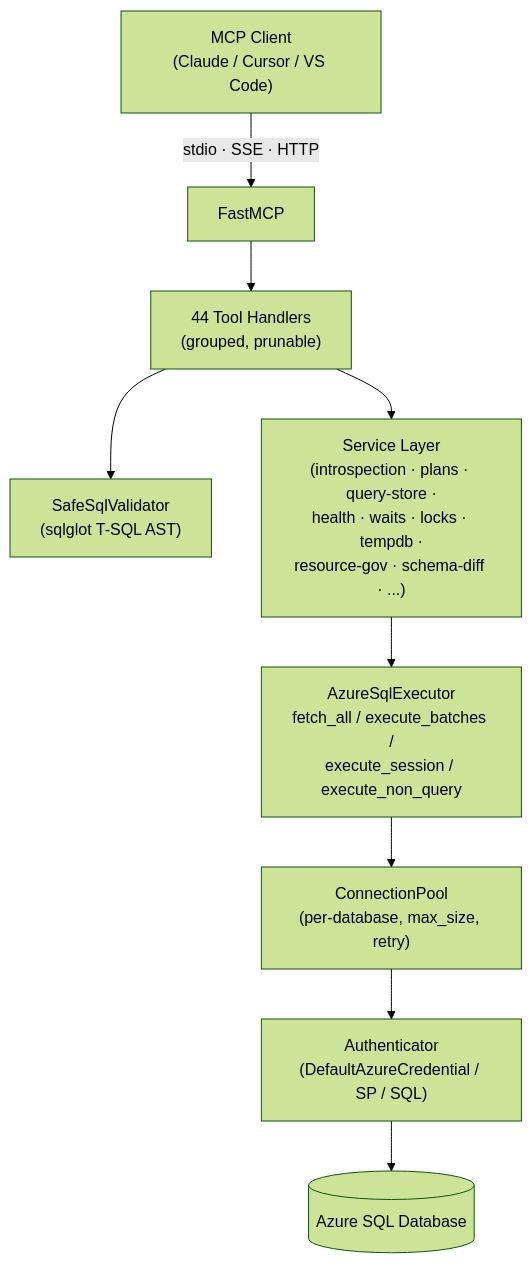
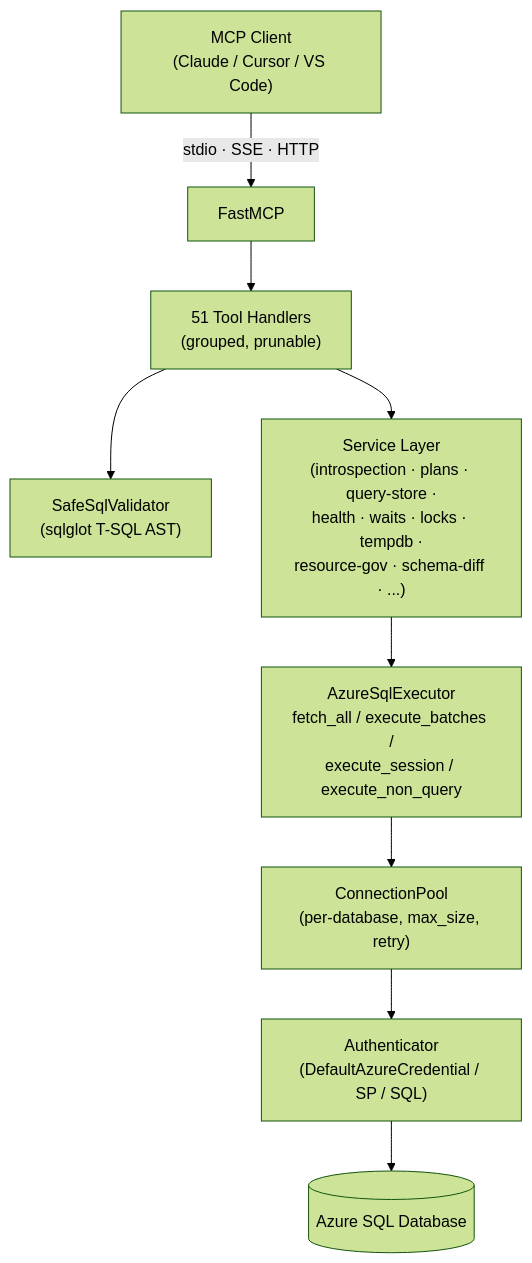
Before and after one commit to akaalholdings/azure-sql-mcp: the diagram in README.md, drawn with Mermaid (forest theme). The commit also changed other lines of this file and 8 other files, not shown here.

````diff
--- a/README.md
+++ b/README.md
@@ -289,11 +340,11 @@
 ```mermaid
 graph TD
     Client["MCP Client<br/>(Claude / Cursor / VS Code)"] -->|stdio · SSE · HTTP| FastMCP
-    FastMCP --> Tools["44 Tool Handlers<br/>(grouped, prunable)"]
+    FastMCP --> Tools["51 Tool Handlers<br/>(grouped, prunable)"]
     Tools --> Validator["SafeSqlValidator<br/>(sqlglot T-SQL AST)"]
     Tools --> Services["Service Layer<br/>(introspection · plans · query-store ·<br/>health · waits · locks · tempdb ·<br/>resource-gov · schema-diff · ...)"]
     Services --> Executor["AzureSqlExecutor<br/>fetch_all / execute_batches /<br/>execute_session / execute_non_query"]
     Executor --> Pool["ConnectionPool<br/>(per-database, max_size, retry)"]
     Pool --> Auth["Authenticator<br/>(DefaultAzureCredential / SP / SQL)"]
     Auth --> AzureSQL[("Azure SQL Database")]
 ```
````
